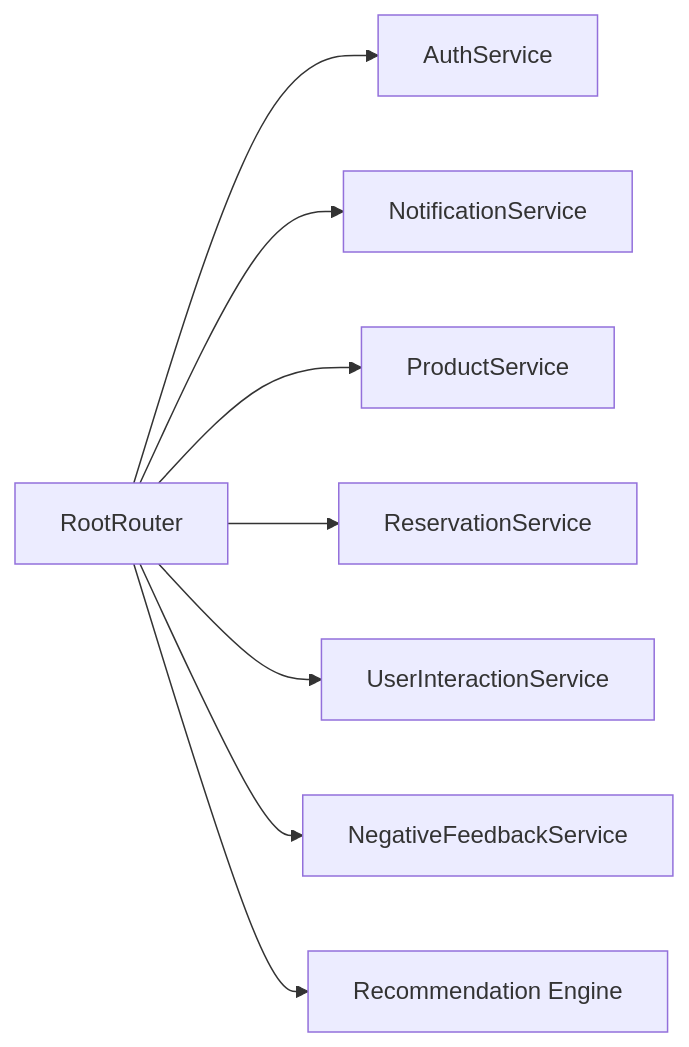
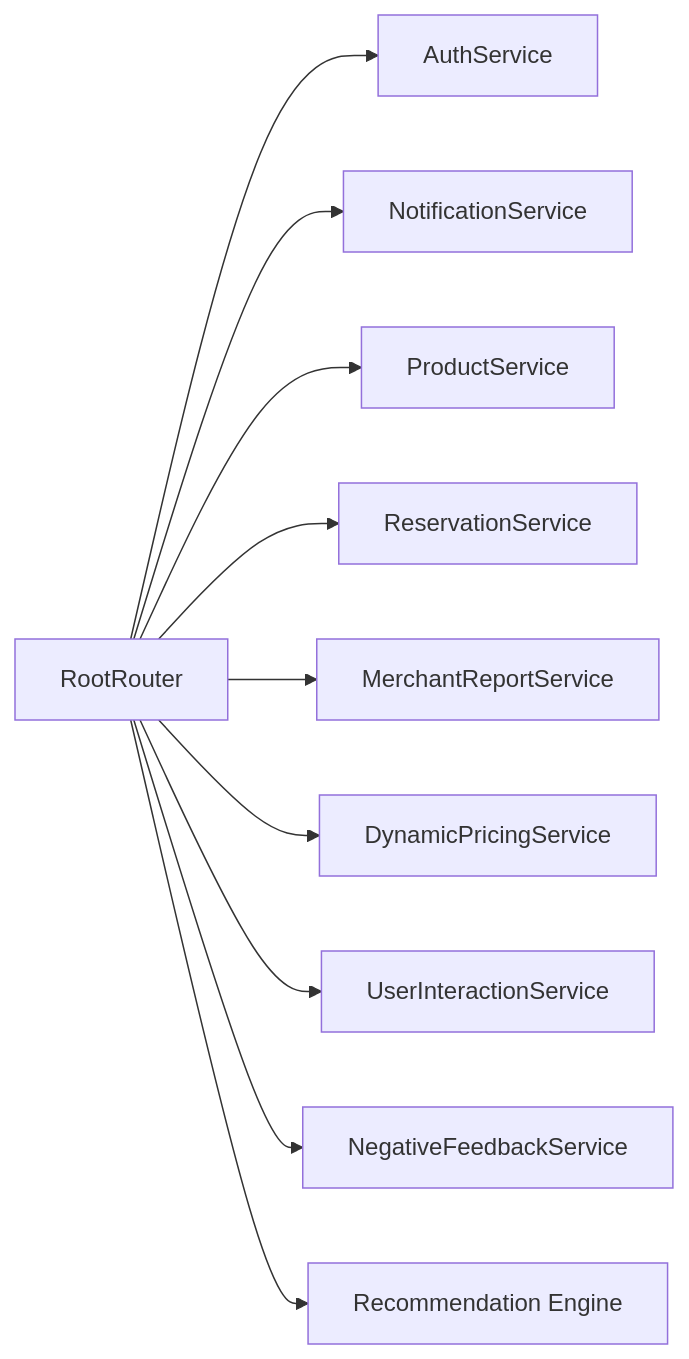
The first of 2 diagrams in docs/02_architecture/c4_component.md (Admgt/nearpick), drawn with Mermaid before and after one commit. The commit also changed other lines of this file and 42 other files, not shown here.

````diff
--- a/docs/02_architecture/c4_component.md
+++ b/docs/02_architecture/c4_component.md
@@ -5,19 +5,23 @@
 ```mermaid
 flowchart LR
     root[RootRouter]
     auth[AuthService]
     prod[ProductService]
     resv[ReservationService]
     notif[NotificationService]
+    report[MerchantReportService]
+    pricing[DynamicPricingService]
     inter[UserInteractionService]
     neg[NegativeFeedbackService]
     reco[Recommendation Engine]
 
     root --> auth
     root --> notif
     root --> prod
     root --> resv
+    root --> report
+    root --> pricing
     root --> inter
     root --> neg
     root --> reco
 ```
````
